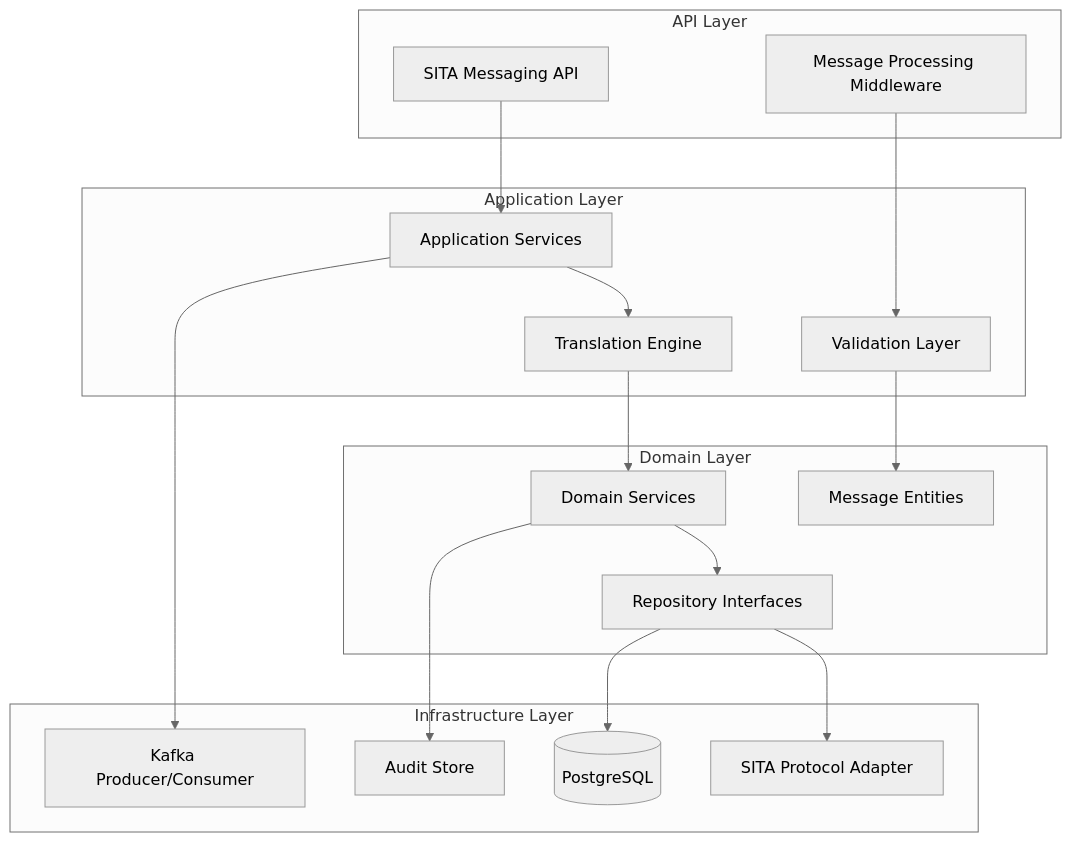
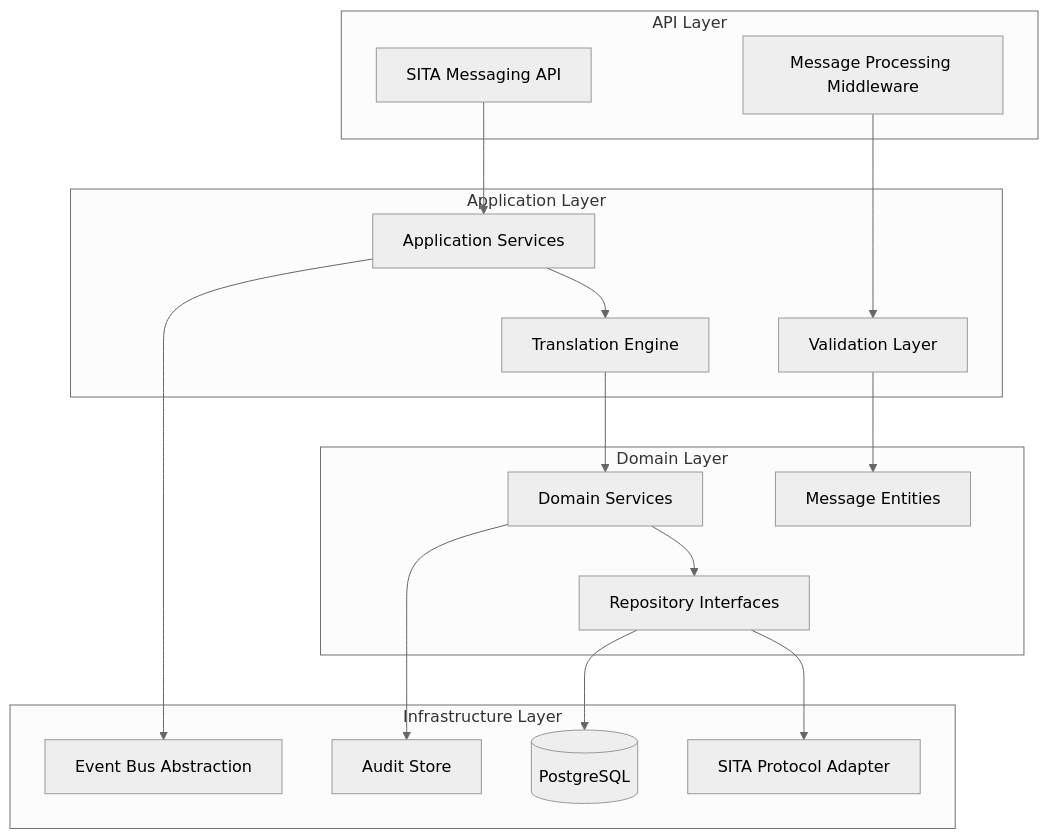
Before and after one commit to jclemente-tlm/tlm-arq-servicios-corporativos: the diagram in docs/servicio-mensajeria-sita/05-vista-bloques-construccion.md, drawn with Mermaid (neutral theme). The commit also changed other lines of this file and 24 other files, not shown here.

````diff
--- a/docs/servicio-mensajeria-sita/05-vista-bloques-construccion.md
+++ b/docs/servicio-mensajeria-sita/05-vista-bloques-construccion.md
@@ -9,37 +9,37 @@
 ```mermaid
 graph TB
     subgraph "API Layer"
         API[SITA Messaging API]
         MW[Message Processing Middleware]
     end
 
     subgraph "Application Layer"
         AS[Application Services]
         VL[Validation Layer]
         TR[Translation Engine]
     end
 
     subgraph "Domain Layer"
         MSG[Message Entities]
         SVC[Domain Services]
         REPO[Repository Interfaces]
     end
 
     subgraph "Infrastructure Layer"
         SITA[SITA Protocol Adapter]
         DB[(PostgreSQL)]
-        KAFKA[Kafka Producer/Consumer]
+        EVENTBUS[Event Bus Abstraction]
         AUDIT[Audit Store]
     end
 
     API --> AS
     MW --> VL
     AS --> TR
     VL --> MSG
     TR --> SVC
     SVC --> REPO
     REPO --> SITA
     REPO --> DB
-    AS --> KAFKA
+    AS --> EVENTBUS
     SVC --> AUDIT
 ```
````
